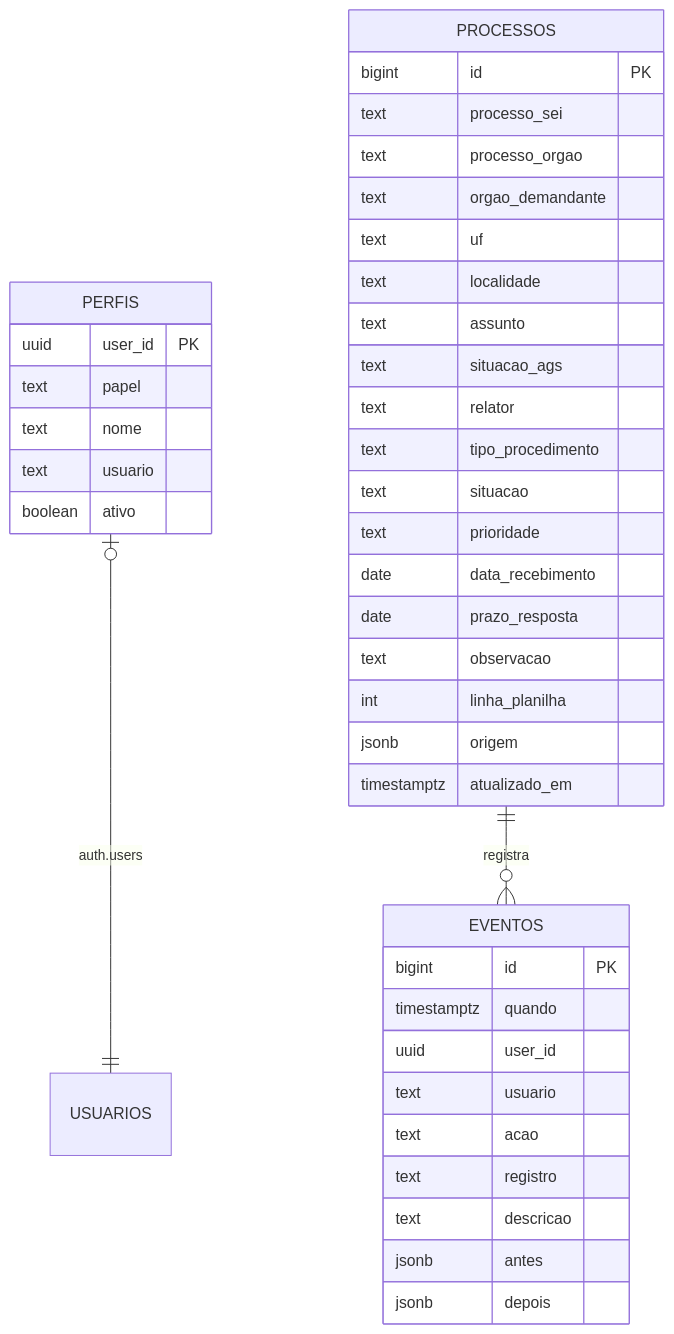
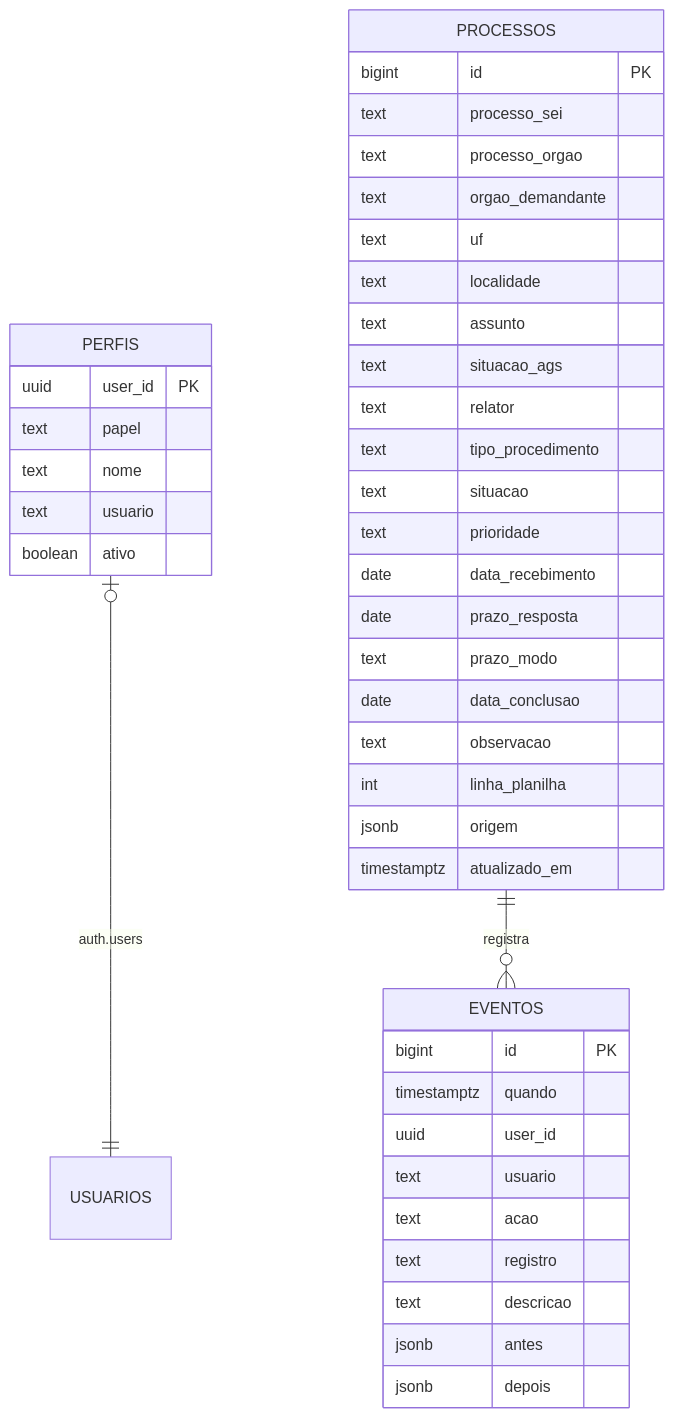
One commit to cnfpresiddata/ControleProcessosGabinete changed the second of 2 diagrams in docs/05-Arquitetura da Solução.md. Above: the diagram before and after it, drawn with Mermaid. The commit also changed other lines of this file and 14 other files, not shown here.

First line of the commit message:
Prazo individual por processo, data de conclusão com botão Concluir e Painel

````diff
--- a/docs/05-Arquitetura da Solução.md
+++ b/docs/05-Arquitetura da Solução.md
@@ -47,43 +48,45 @@
 ```mermaid
 erDiagram
   PERFIS |o--|| USUARIOS : "auth.users"
   PROCESSOS ||--o{ EVENTOS : registra
   PERFIS {
     uuid user_id PK
     text papel
     text nome
     text usuario
     boolean ativo
   }
   PROCESSOS {
     bigint id PK
     text processo_sei
     text processo_orgao
     text orgao_demandante
     text uf
     text localidade
     text assunto
     text situacao_ags
     text relator
     text tipo_procedimento
     text situacao
     text prioridade
     date data_recebimento
     date prazo_resposta
+    text prazo_modo
+    date data_conclusao
     text observacao
     int linha_planilha
     jsonb origem
     timestamptz atualizado_em
   }
   EVENTOS {
     bigint id PK
     timestamptz quando
     uuid user_id
     text usuario
     text acao
     text registro
     text descricao
     jsonb antes
     jsonb depois
   }
 ```
````
